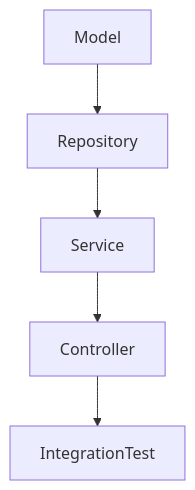
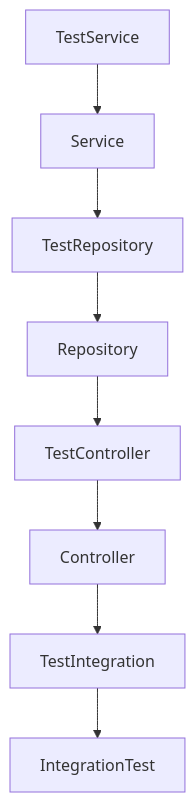
One commit to atalhox/tdd changed the first of 2 diagrams in docs/index.md. Above: the diagram before and after it, drawn with Mermaid. The commit also changed other lines of this file, not shown here.

Commit message:
Feat: add TDD java doc

````diff
--- a/docs/index.md
+++ b/docs/index.md
@@ -21,7 +21,10 @@
 ```mermaid
 graph TD;
-    Model-->Repository;
-    Repository-->Service;
-    Service-->Controller;
-    Controller-->IntegrationTest;
+    TestService-->Service;
+    Service-->TestRepository;
+    TestRepository-->Repository;
+    Repository-->TestController;
+    TestController-->Controller;
+    Controller-->TestIntegration;
+    TestIntegration-->IntegrationTest;
 ```
````
